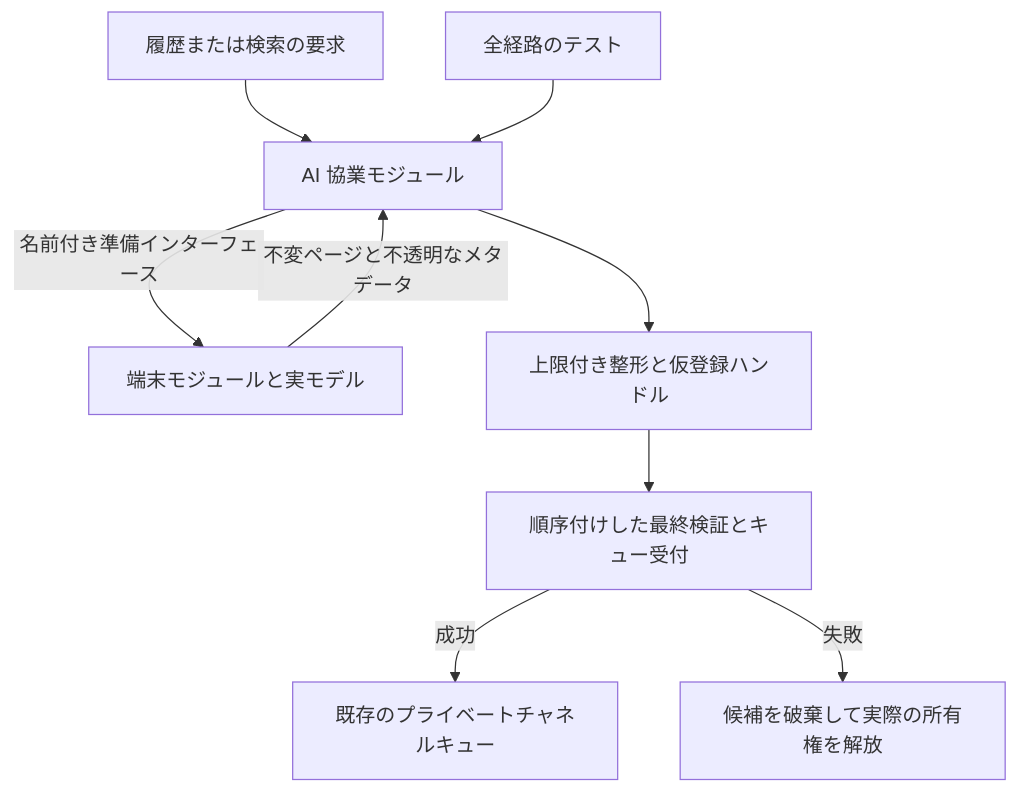
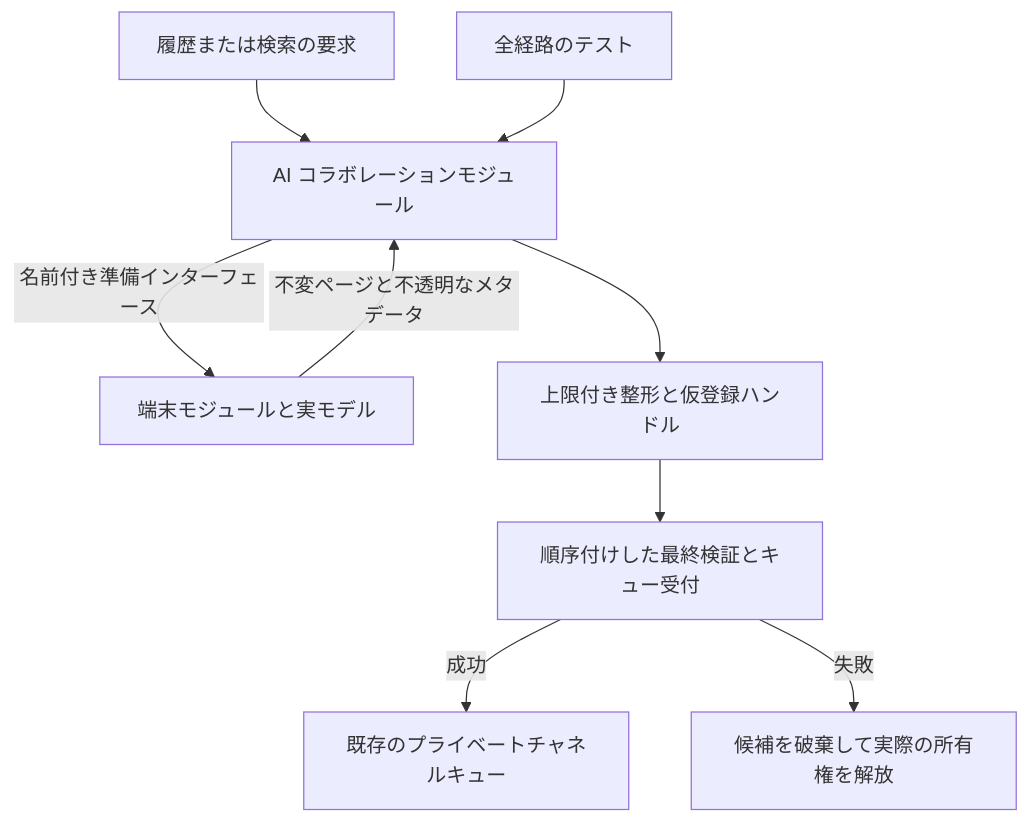
The diagram in docs/specification/ai-history-observation-ja-jp.md (TabTty/TabTty), drawn with Mermaid before and after one commit. The commit also changed other lines of this file and 10 other files, not shown here.

````diff
--- a/docs/specification/ai-history-observation-ja-jp.md
+++ b/docs/specification/ai-history-observation-ja-jp.md
@@ -26,11 +26,11 @@
 ```mermaid
 flowchart TB
-    Call[履歴または検索の要求] --> AI[AI 協業モジュール]
+    Call[履歴または検索の要求] --> AI[AI コラボレーションモジュール]
     AI -->|名前付き準備インターフェース| Terminal[端末モジュールと実モデル]
     Terminal -->|不変ページと不透明なメタデータ| AI
     AI --> Size[上限付き整形と仮登録ハンドル]
     Size --> Final[順序付けした最終検証とキュー受付]
     Final -->|成功| Queue[既存のプライベートチャネルキュー]
     Final -->|失敗| Drop[候補を破棄して実際の所有権を解放]
     Test[全経路のテスト] --> AI
 ```
````
